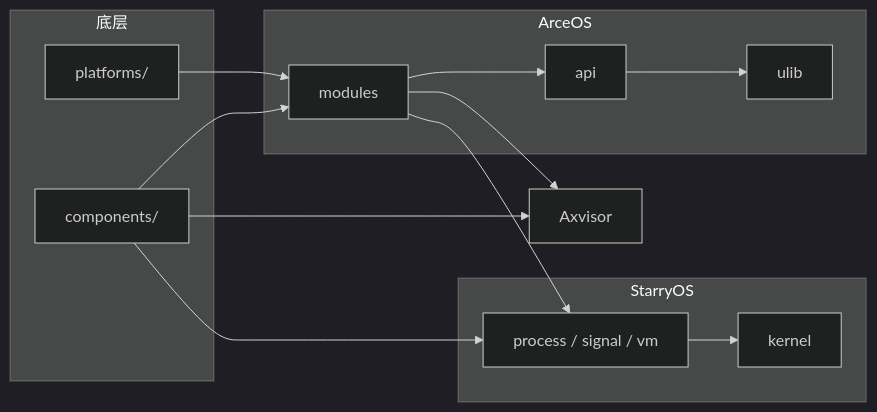
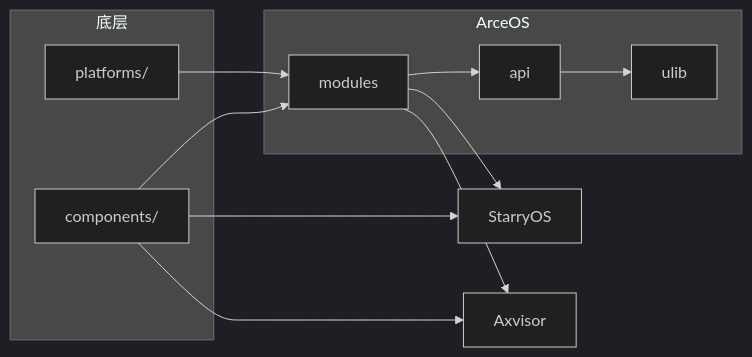
One commit to Dirinkbottle/tgoskits changed the second of 2 diagrams in docs/docs/architecture/overview.md. Above: the diagram before and after it, drawn with Mermaid (dark theme). The commit also changed other lines of this file and 3840 other files, not shown here.

````diff
--- a/docs/docs/architecture/overview.md
+++ b/docs/docs/architecture/overview.md
@@ -148,27 +140,23 @@
 ```mermaid
 flowchart LR
     subgraph 底层
         P["platforms/"]
         C["components/"]
     end
     subgraph ArceOS
         M["modules"]
         A["api"]
         U["ulib"]
     end
-    subgraph StarryOS
-        SC["process / signal / vm"]
-        S["kernel"]
-    end
+    S["StarryOS"]
     X["Axvisor"]
 
     P --> M
     C --> M
-    C --> SC
+    C --> S
     C --> X
     M --> A
     A --> U
-    M --> SC
-    SC --> S
+    M --> S
     M --> X
 ```
````
